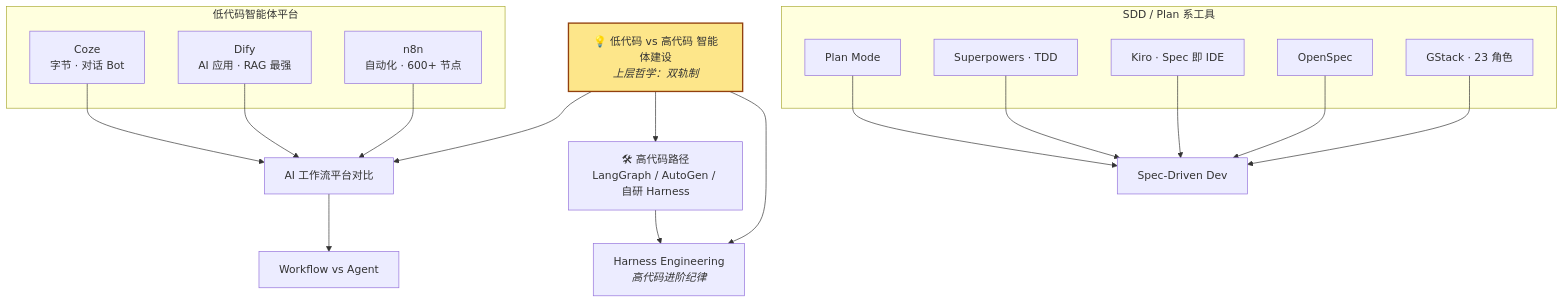
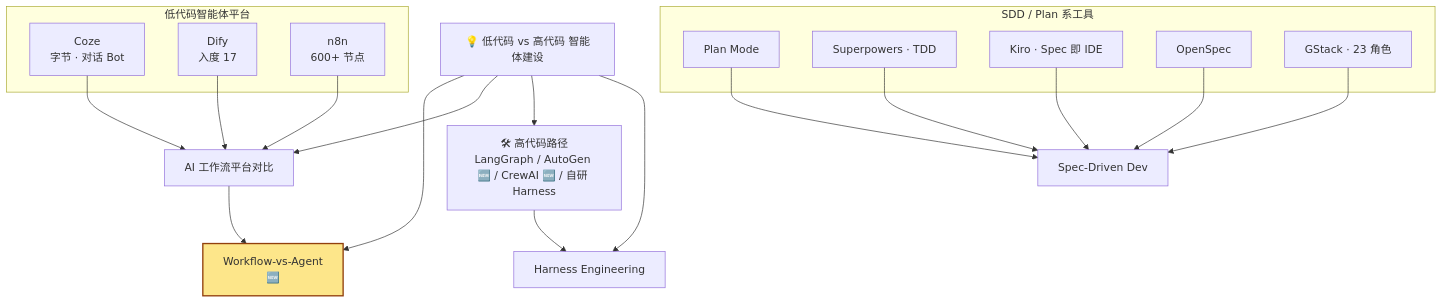
The third of 6 diagrams in content/graph.md (shaowenglu-afk/wiki-public), drawn with Mermaid before and after one commit. The commit also changed other lines of this file and 95 other files, not shown here.

````diff
--- a/content/graph.md
+++ b/content/graph.md
@@ -60,34 +72,35 @@
 ```mermaid
 flowchart TB
-    Top["💡 低代码 vs 高代码 智能体建设<br/><i>上层哲学：双轨制</i>"]
+    Top["💡 低代码 vs 高代码 智能体建设"]
+    Top --> WvA[Workflow-vs-Agent<br/>🆕]
     Top --> 对比[AI 工作流平台对比]
-    Top --> HighCode["🛠 高代码路径<br/>LangGraph / AutoGen / 自研 Harness"]
-    Top --> Harness[Harness Engineering<br/><i>高代码进阶纪律</i>]
+    Top --> HighCode["🛠 高代码路径<br/>LangGraph / AutoGen 🆕 / CrewAI 🆕 / 自研 Harness"]
+    Top --> Harness[Harness Engineering]
 
     subgraph LC["低代码智能体平台"]
         Coze[Coze<br/>字节 · 对话 Bot]
-        Dify[Dify<br/>AI 应用 · RAG 最强]
-        n8n[n8n<br/>自动化 · 600+ 节点]
+        Dify[Dify<br/>入度 17]
+        n8n[n8n<br/>600+ 节点]
     end
     subgraph SDD_TOOLS["SDD / Plan 系工具"]
         Plan[Plan Mode]
         Super[Superpowers · TDD]
         Kiro[Kiro · Spec 即 IDE]
         OpenSpec
         GStack[GStack · 23 角色]
     end
 
     Coze --> 对比
     Dify --> 对比
     n8n --> 对比
     Plan --> SDD[Spec-Driven Dev]
     Super --> SDD
     OpenSpec --> SDD
     Kiro --> SDD
     GStack --> SDD
-    对比 --> WvA[Workflow vs Agent]
+    对比 --> WvA
     HighCode --> Harness
 
     classDef new fill:#fde68a,stroke:#92400e,stroke-width:2px
-    class Top new
+    class WvA new
 ```
````
